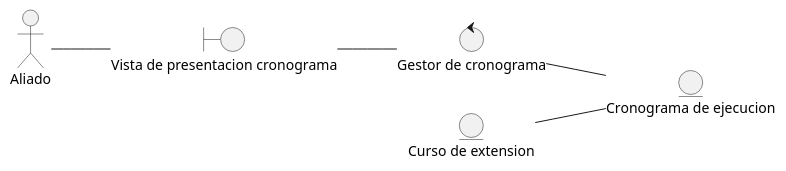
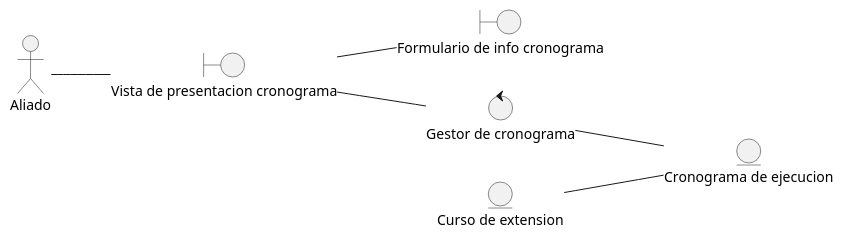
One commit to Samantha-Ramirez/ProyectoEquipo7ING changed the diagram in docs/scenariosView/DisciplinaDeAnalisisDiagramaDeClasePresentarCronograma.plantuml. Above: the diagram before and after it, drawn with PlantUML. The commit also changed 8 other files, not shown here.

```diff
--- a/docs/scenariosView/DisciplinaDeAnalisisDiagramaDeClasePresentarCronograma.plantuml
+++ b/docs/scenariosView/DisciplinaDeAnalisisDiagramaDeClasePresentarCronograma.plantuml
@@ -1,25 +1,20 @@
 @startuml DisciplinaDeAnalisisDiagramaDeClasePresentarCronograma
 left to right direction
 
 actor "Aliado" as actorAliado
 
 entity "Cronograma de ejecucion" as entidadCronogramaEjecucion
 entity "Curso de extension" as entidadCursoExtension
 
-
 boundary "Vista de presentacion cronograma" as vistaPresentacionCronograma
+boundary "Formulario de info cronograma" as vistaFormularioInfo
 
 control "Gestor de cronograma" as ctrlGestorCronograma
 
 actorAliado -- vistaPresentacionCronograma
+vistaPresentacionCronograma -- vistaFormularioInfo
 vistaPresentacionCronograma -- ctrlGestorCronograma
 ctrlGestorCronograma -- entidadCronogramaEjecucion
 entidadCursoExtension -- entidadCronogramaEjecucion
 
-' Aliado -> IU : Ingresar cronograma
-' IU -> MGC : Validar cronograma
-' MGC -> BD : Guardar cronograma
-' BD -> MGC : Confirmar almacenamiento
-' MGC -> IU : Notificar éxito
-' IU -> Aliado : Mostrar confirmación
 @enduml
```
